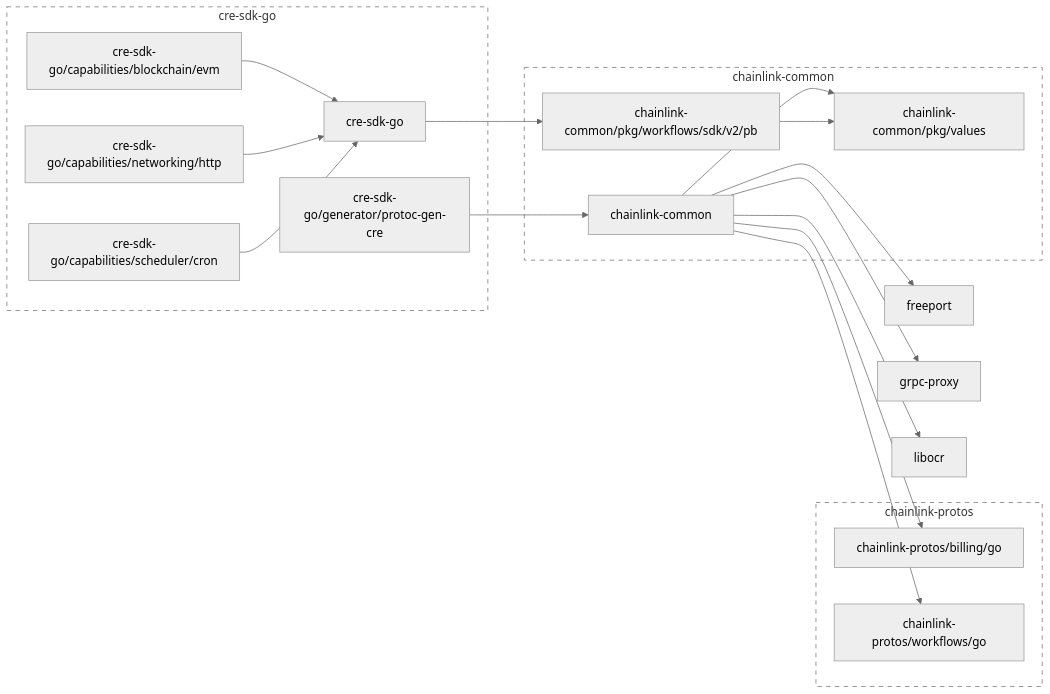
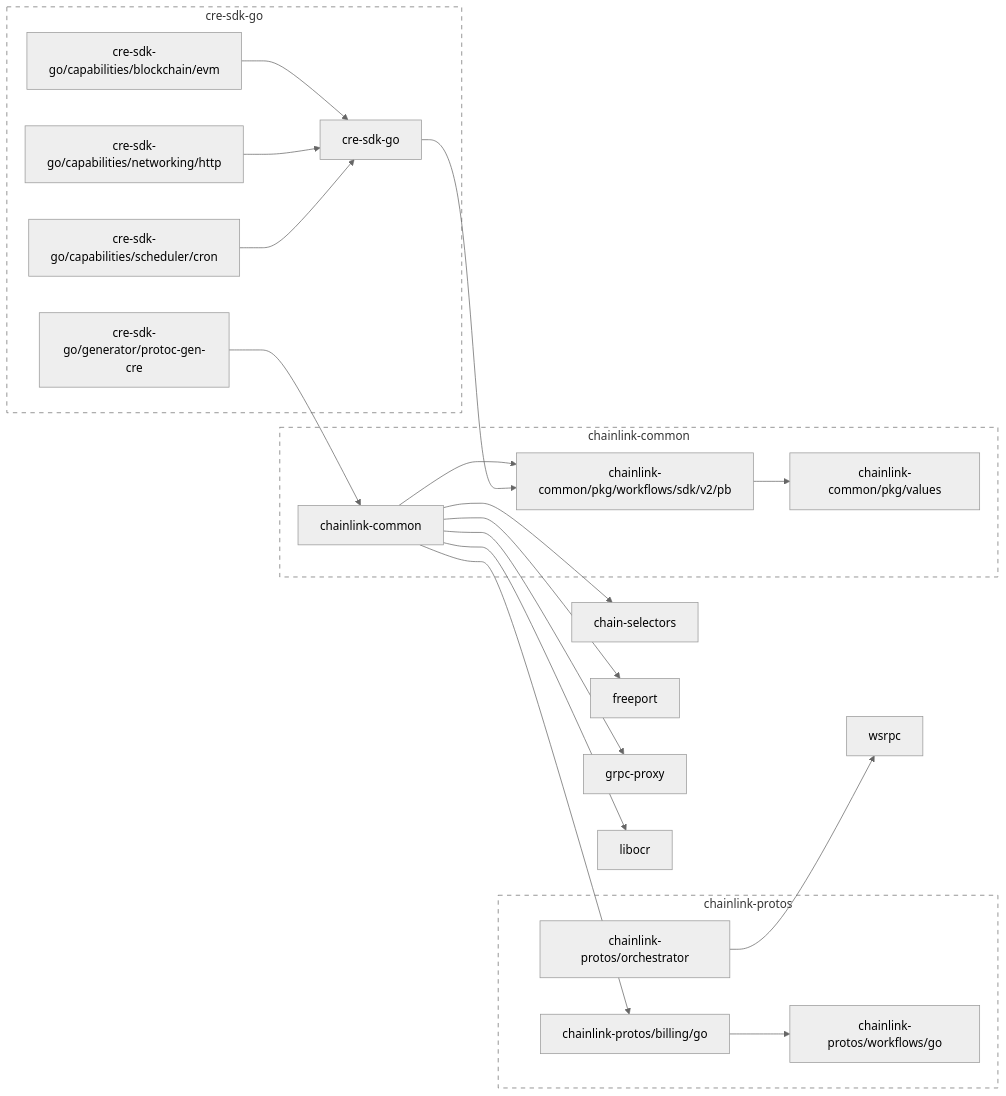
Before and after one commit to smartcontractkit/cre-sdk-go: the diagram in go.md, drawn with Mermaid (neutral theme).

Commit message:
Make generate after merging main

````diff
--- a/go.md
+++ b/go.md
@@ -2,60 +2,67 @@
 ```mermaid
 flowchart LR
 
-	chainlink-common --> chainlink-common/pkg/values
+	chain-selectors
+	click chain-selectors href "https://github.com/smartcontractkit/chain-selectors"
+	chainlink-common --> chain-selectors
+	chainlink-common --> chainlink-common/pkg/workflows/sdk/v2/pb
 	chainlink-common --> chainlink-protos/billing/go
-	chainlink-common --> chainlink-protos/workflows/go
 	chainlink-common --> freeport
 	chainlink-common --> grpc-proxy
 	chainlink-common --> libocr
 	click chainlink-common href "https://github.com/smartcontractkit/chainlink-common"
 	chainlink-common/pkg/values
 	click chainlink-common/pkg/values href "https://github.com/smartcontractkit/chainlink-common"
 	chainlink-common/pkg/workflows/sdk/v2/pb --> chainlink-common/pkg/values
 	click chainlink-common/pkg/workflows/sdk/v2/pb href "https://github.com/smartcontractkit/chainlink-common"
-	chainlink-protos/billing/go
+	chainlink-protos/billing/go --> chainlink-protos/workflows/go
 	click chainlink-protos/billing/go href "https://github.com/smartcontractkit/chainlink-protos"
+	chainlink-protos/orchestrator --> wsrpc
+	click chainlink-protos/orchestrator href "https://github.com/smartcontractkit/chainlink-protos"
 	chainlink-protos/workflows/go
 	click chainlink-protos/workflows/go href "https://github.com/smartcontractkit/chainlink-protos"
 	cre-sdk-go --> chainlink-common/pkg/workflows/sdk/v2/pb
 	click cre-sdk-go href "https://github.com/smartcontractkit/cre-sdk-go"
 	cre-sdk-go/capabilities/blockchain/evm --> cre-sdk-go
 	click cre-sdk-go/capabilities/blockchain/evm href "https://github.com/smartcontractkit/cre-sdk-go"
 	cre-sdk-go/capabilities/networking/http --> cre-sdk-go
 	click cre-sdk-go/capabilities/networking/http href "https://github.com/smartcontractkit/cre-sdk-go"
 	cre-sdk-go/capabilities/scheduler/cron --> cre-sdk-go
 	click cre-sdk-go/capabilities/scheduler/cron href "https://github.com/smartcontractkit/cre-sdk-go"
 	cre-sdk-go/generator/protoc-gen-cre --> chainlink-common
 	click cre-sdk-go/generator/protoc-gen-cre href "https://github.com/smartcontractkit/cre-sdk-go"
 	freeport
 	click freeport href "https://github.com/smartcontractkit/freeport"
 	grpc-proxy
 	click grpc-proxy href "https://github.com/smartcontractkit/grpc-proxy"
 	libocr
 	click libocr href "https://github.com/smartcontractkit/libocr"
+	wsrpc
+	click wsrpc href "https://github.com/smartcontractkit/wsrpc"
 
 	subgraph chainlink-common-repo[chainlink-common]
 		 chainlink-common
 		 chainlink-common/pkg/values
 		 chainlink-common/pkg/workflows/sdk/v2/pb
 	end
 	click chainlink-common-repo href "https://github.com/smartcontractkit/chainlink-common"
 
 	subgraph chainlink-protos-repo[chainlink-protos]
 		 chainlink-protos/billing/go
+		 chainlink-protos/orchestrator
 		 chainlink-protos/workflows/go
 	end
 	click chainlink-protos-repo href "https://github.com/smartcontractkit/chainlink-protos"
 
 	subgraph cre-sdk-go-repo[cre-sdk-go]
 		 cre-sdk-go
 		 cre-sdk-go/capabilities/blockchain/evm
 		 cre-sdk-go/capabilities/networking/http
 		 cre-sdk-go/capabilities/scheduler/cron
 		 cre-sdk-go/generator/protoc-gen-cre
 	end
 	click cre-sdk-go-repo href "https://github.com/smartcontractkit/cre-sdk-go"
 
 	classDef outline stroke-dasharray:6,fill:none;
 	class chainlink-common-repo,chainlink-protos-repo,cre-sdk-go-repo outline
 ```
````
